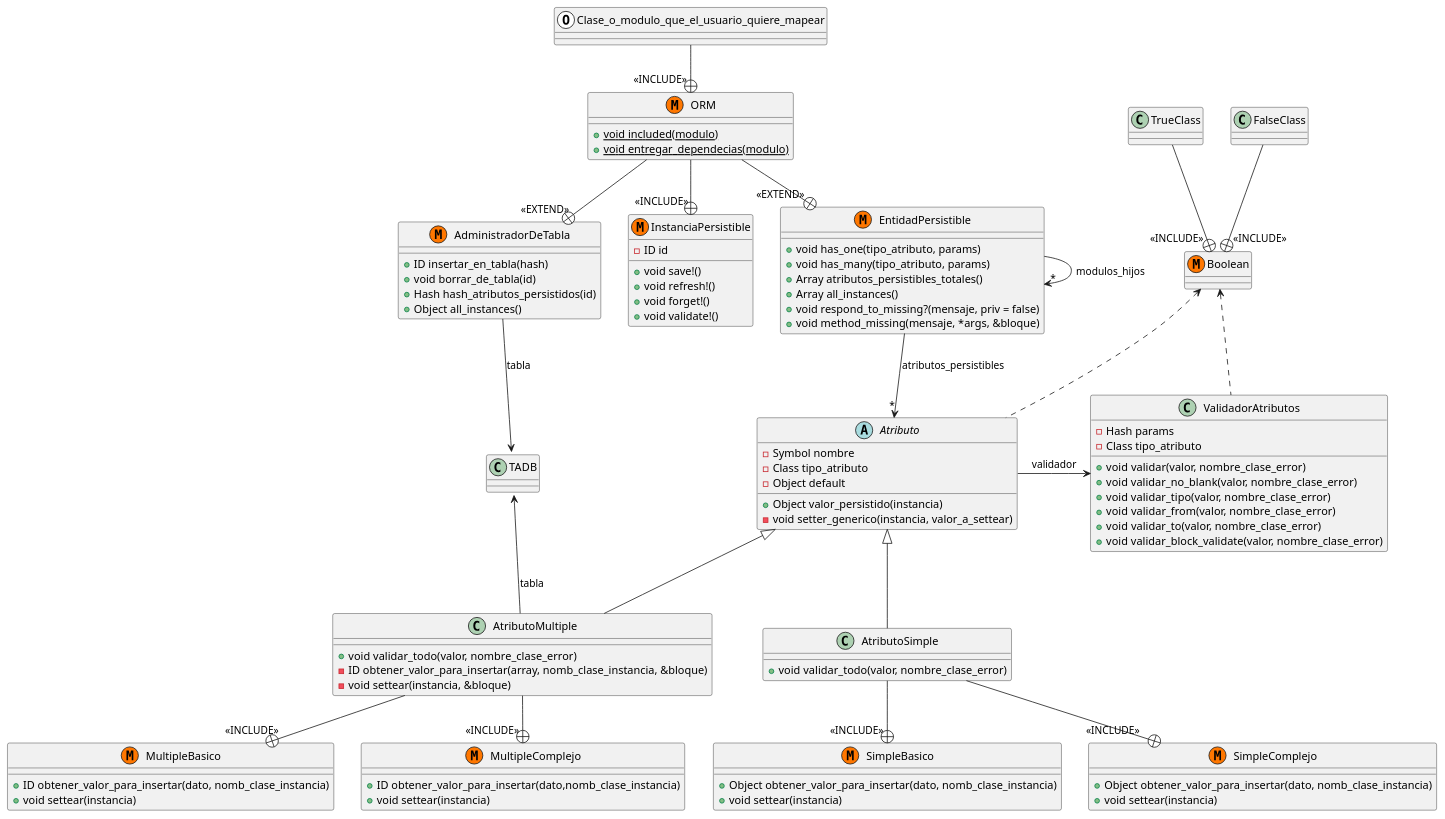
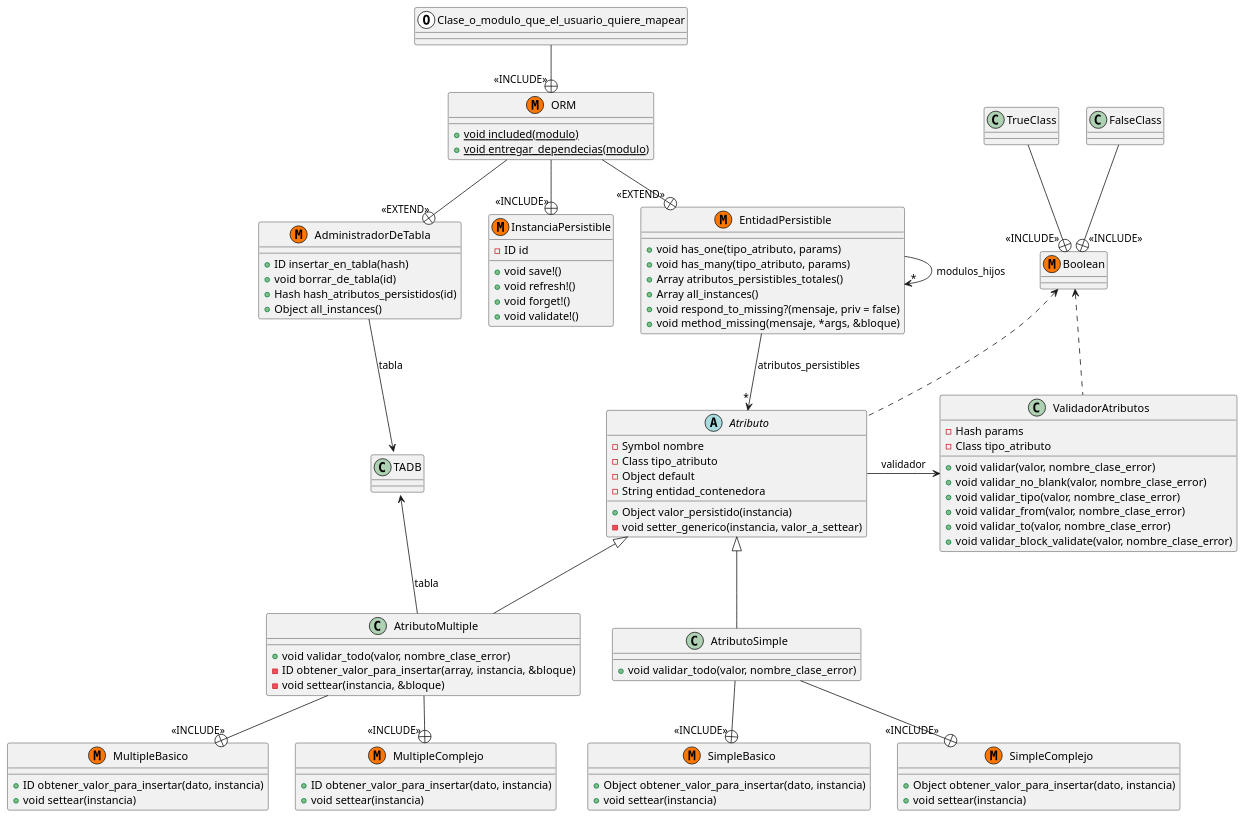
Before and after one commit to matiasanz/tp-TADP-1C-2020: the diagram in ruby/diagramas/tadp.puml, drawn with PlantUML. The commit also changed 1 other file, not shown here.

Commit message:
mini actualizacion del diagrama

```diff
--- a/ruby/diagramas/tadp.puml
+++ b/ruby/diagramas/tadp.puml
@@ -1,110 +1,111 @@
 @startuml
 
 class AdministradorDeTabla << (M,#FF7700)>> {
 + ID insertar_en_tabla(hash)
 + void borrar_de_tabla(id)
 + Hash hash_atributos_persistidos(id)
 + Object all_instances()
 }
 
 abstract class Atributo {
 - Symbol nombre
 - Class tipo_atributo
 - Object default
+- String entidad_contenedora
 + Object valor_persistido(instancia)
 - void setter_generico(instancia, valor_a_settear)
 }
 
 class AtributoSimple {
 + void validar_todo(valor, nombre_clase_error)
 }
 
 class SimpleBasico <<(M,#FF7700)>> {
-+ Object obtener_valor_para_insertar(dato, nomb_clase_instancia)
++ Object obtener_valor_para_insertar(dato, instancia)
 + void settear(instancia)
 }
 
 class SimpleComplejo <<(M,#FF7700)>> {
-+ Object obtener_valor_para_insertar(dato, nomb_clase_instancia)
++ Object obtener_valor_para_insertar(dato, instancia)
 + void settear(instancia)
 }
 
 class AtributoMultiple {
 + void validar_todo(valor, nombre_clase_error)
-- ID obtener_valor_para_insertar(array, nomb_clase_instancia, &bloque)
+- ID obtener_valor_para_insertar(array, instancia, &bloque)
 - void settear(instancia, &bloque)
 }
 
 class MultipleBasico <<(M,#FF7700)>> {
-+ ID obtener_valor_para_insertar(dato, nomb_clase_instancia)
++ ID obtener_valor_para_insertar(dato, instancia)
 + void settear(instancia)
 }
 
 class MultipleComplejo <<(M,#FF7700)>> {
-+ ID obtener_valor_para_insertar(dato,nomb_clase_instancia)
++ ID obtener_valor_para_insertar(dato, instancia)
 + void settear(instancia)
 }
 
 class EntidadPersistible <<(M,#FF7700)>> {
 + void has_one(tipo_atributo, params)
 + void has_many(tipo_atributo, params)
 + Array atributos_persistibles_totales()
 + Array all_instances()
 + void respond_to_missing?(mensaje, priv = false)
 + void method_missing(mensaje, *args, &bloque)
 }
 
 class InstanciaPersistible <<(M,#FF7700)>> {
 - ID id
 + void save!()
 + void refresh!()
 + void forget!()
 + void validate!()
 }
 
 class ORM <<(M,#FF7700)>> {
 + {static} void included(modulo)
 + {static} void entregar_dependecias(modulo)
 }
 
 class Boolean <<(M,#FF7700)>> {}
 class TrueClass{}
 class FalseClass{}
 
 class ValidadorAtributos {
 - Hash params
 - Class tipo_atributo
 + void validar(valor, nombre_clase_error)
 + void validar_no_blank(valor, nombre_clase_error)
 + void validar_tipo(valor, nombre_clase_error)
 + void validar_from(valor, nombre_clase_error)
 + void validar_to(valor, nombre_clase_error)
 + void validar_block_validate(valor, nombre_clase_error)
 }
 
 class Clase_o_modulo_que_el_usuario_quiere_mapear <<(O,#FFFFFF)>> {}
 
 Atributo <|-- AtributoSimple
 Atributo <|-- AtributoMultiple
 TrueClass-down-+"<<INCLUDE>>"Boolean
 FalseClass-down-+"<<INCLUDE>>"Boolean
 AdministradorDeTabla --> TADB::Table : tabla
 ValidadorAtributos <-right- Atributo : validador
 AtributoSimple--+"<<INCLUDE>>"SimpleBasico
 AtributoSimple--+"<<INCLUDE>>"SimpleComplejo
 AtributoMultiple--+"<<INCLUDE>>"MultipleBasico
 AtributoMultiple--+"<<INCLUDE>>"MultipleComplejo
 ORM --+ "<<EXTEND>>" EntidadPersistible
 ORM --+ "<<EXTEND>>" AdministradorDeTabla
 ORM --+ "<<INCLUDE>>" InstanciaPersistible
 
 EntidadPersistible --> "*" EntidadPersistible : modulos_hijos
 EntidadPersistible -down-> "*" Atributo : atributos_persistibles
 
 AtributoMultiple -up-> TADB::Table : tabla
 
 Boolean <.. Atributo
 Boolean <.. ValidadorAtributos
 
 Clase_o_modulo_que_el_usuario_quiere_mapear --+ "<<INCLUDE>>" ORM
 @enduml
```
